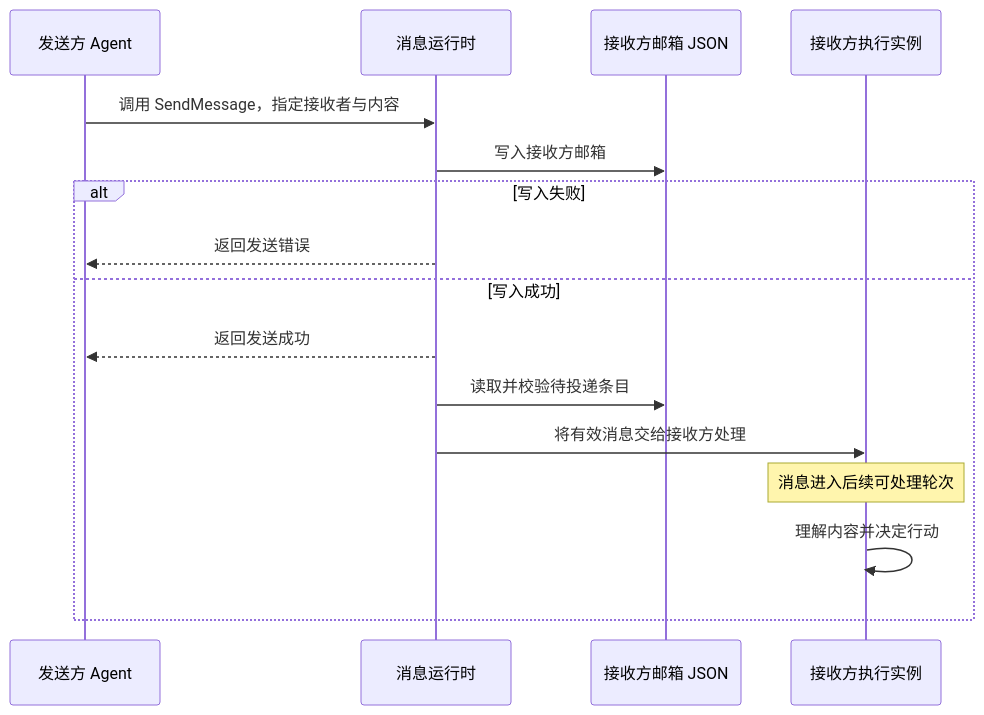
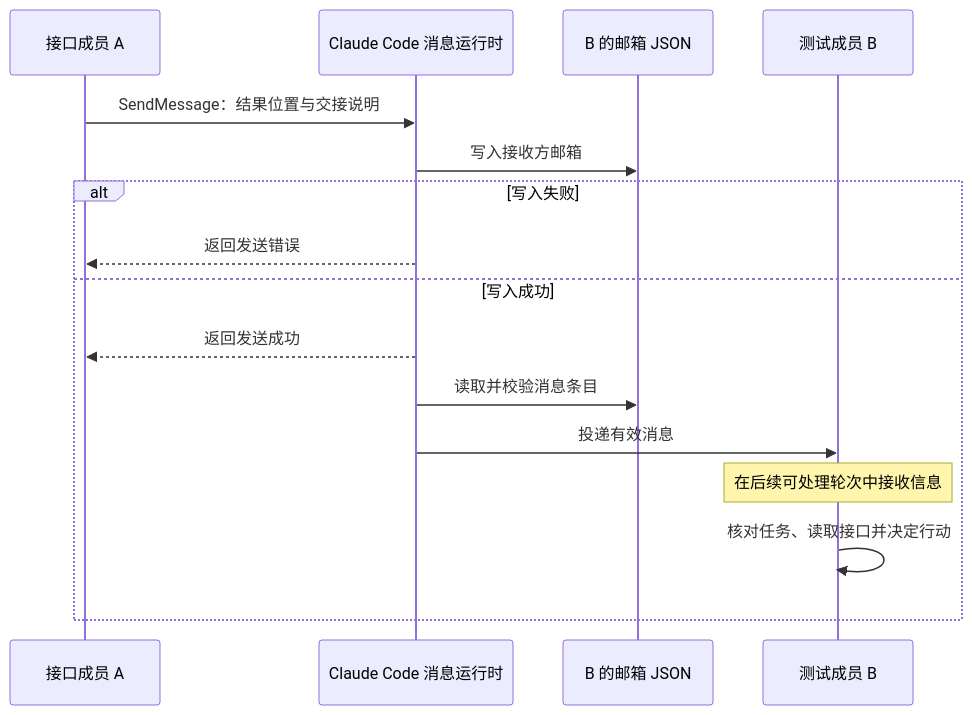
The diagram in agent-teams/Claude Code Agent Teams 方案分析与洞察.md (YXJiang1996/agent-learning-notes), drawn with Mermaid before and after one commit. The commit also changed other lines of this file, not shown here.

Commit message:
润色 Claude Code Agent Teams 分析，按完整协作过程组织叙述

````diff
--- a/agent-teams/Claude Code Agent Teams 方案分析与洞察.md
+++ b/agent-teams/Claude Code Agent Teams 方案分析与洞察.md
@@ -150,18 +146,18 @@
 ```mermaid
 sequenceDiagram
-    participant A as 发送方 Agent
-    participant R as 消息运行时
-    participant M as 接收方邮箱 JSON
-    participant B as 接收方执行实例
-    A->>R: 调用 SendMessage，指定接收者与内容
+    participant A as 接口成员 A
+    participant R as Claude Code 消息运行时
+    participant M as B 的邮箱 JSON
+    participant B as 测试成员 B
+    A->>R: SendMessage：结果位置与交接说明
     R->>M: 写入接收方邮箱
     alt 写入失败
         R-->>A: 返回发送错误
     else 写入成功
         R-->>A: 返回发送成功
-        R->>M: 读取并校验待投递条目
-        R->>B: 将有效消息交给接收方处理
-        Note over B: 消息进入后续可处理轮次
-        B->>B: 理解内容并决定行动
+        R->>M: 读取并校验消息条目
+        R->>B: 投递有效消息
+        Note over B: 在后续可处理轮次中接收信息
+        B->>B: 核对任务、读取接口并决定行动
     end
 ```
````
